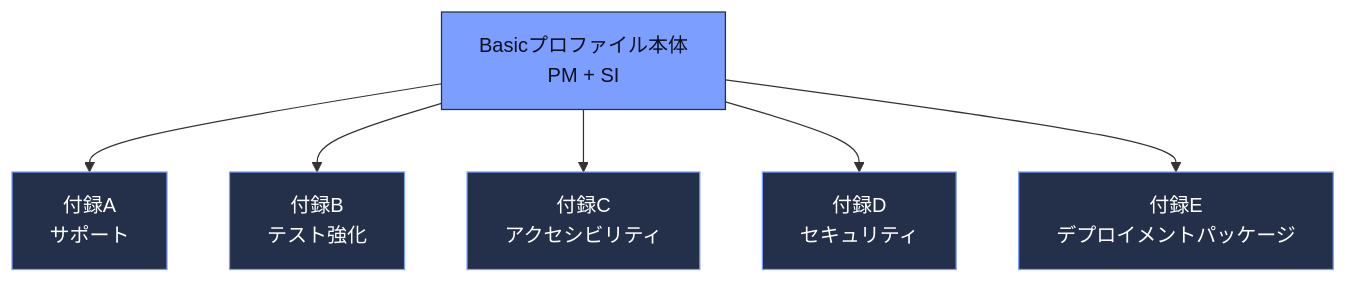
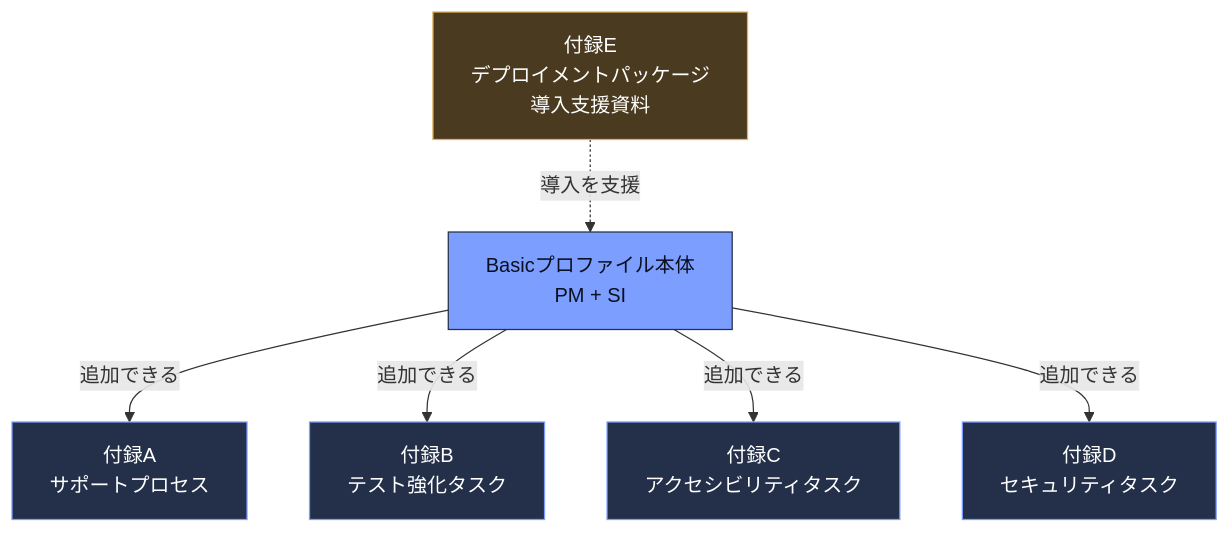
Diagram 12 of 13 in Iso-iec-29110-5-1-2-2025-beginner-guide.md (myoshi2891/Quality-Assurance-Studies), drawn with Mermaid before and after one commit. The commit also changed other lines of this file, not shown here.

````diff
--- a/Iso-iec-29110-5-1-2-2025-beginner-guide.md
+++ b/Iso-iec-29110-5-1-2-2025-beginner-guide.md
@@ -567,12 +570,14 @@
 ```mermaid
 flowchart TB
-    EX1["Basicプロファイル本体<br/>PM + SI"] --> EX2["付録A<br/>サポート"]
-    EX1 --> EX3["付録B<br/>テスト強化"]
-    EX1 --> EX4["付録C<br/>アクセシビリティ"]
-    EX1 --> EX5["付録D<br/>セキュリティ"]
-    EX1 --> EX6["付録E<br/>デプロイメントパッケージ"]
+    EX1["Basicプロファイル本体<br/>PM + SI"] -->|"追加できる"| EX2["付録A<br/>サポートプロセス"]
+    EX1 -->|"追加できる"| EX3["付録B<br/>テスト強化タスク"]
+    EX1 -->|"追加できる"| EX4["付録C<br/>アクセシビリティタスク"]
+    EX1 -->|"追加できる"| EX5["付録D<br/>セキュリティタスク"]
+    EX6["付録E<br/>デプロイメントパッケージ<br/>導入支援資料"] -.->|"導入を支援"| EX1
     classDef core fill:#7c9eff,stroke:#243049,color:#0b1020
     classDef ext fill:#243049,stroke:#7c9eff,color:#ffffff
+    classDef support fill:#4a3a1f,stroke:#e2b45a,color:#ffffff
     class EX1 core
-    class EX2,EX3,EX4,EX5,EX6 ext
+    class EX2,EX3,EX4,EX5 ext
+    class EX6 support
 ```
````
